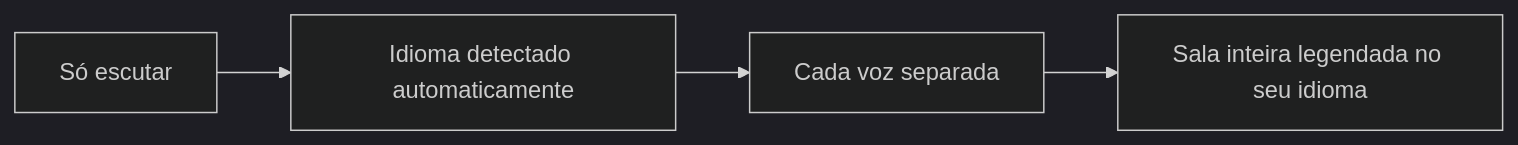
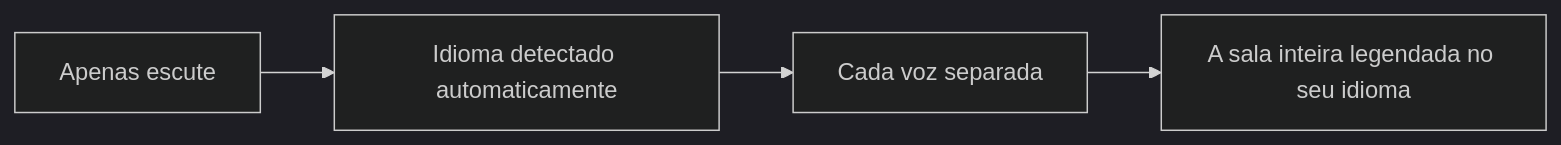
The first of 4 diagrams in README_pt-BR.md (rpalm01-star/VigilantEarLegal), drawn with Mermaid (dark theme) before and after one commit. The commit also changed other lines of this file and 29 other files, not shown here.

````diff
--- a/README_pt-BR.md
+++ b/README_pt-BR.md
@@ -62,4 +65,4 @@
 ```mermaid
 graph LR
-    A["Só escutar"] --> B["Idioma detectado automaticamente"] --> C["Cada voz separada"] --> D["Sala inteira legendada no seu idioma"]
+    A["Apenas escute"] --> B["Idioma detectado automaticamente"] --> C["Cada voz separada"] --> D["A sala inteira legendada no seu idioma"]
 ```
````
